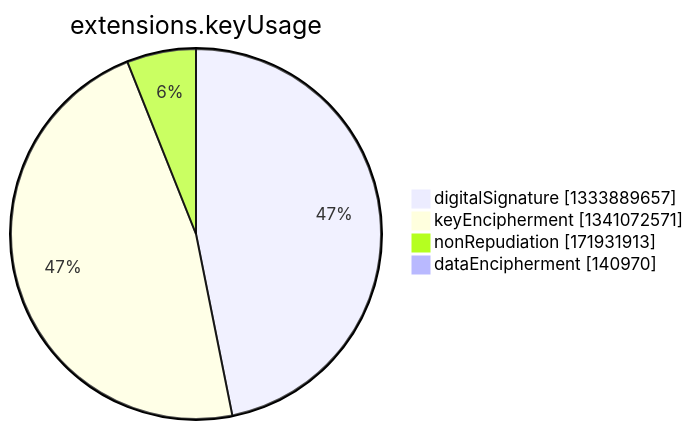
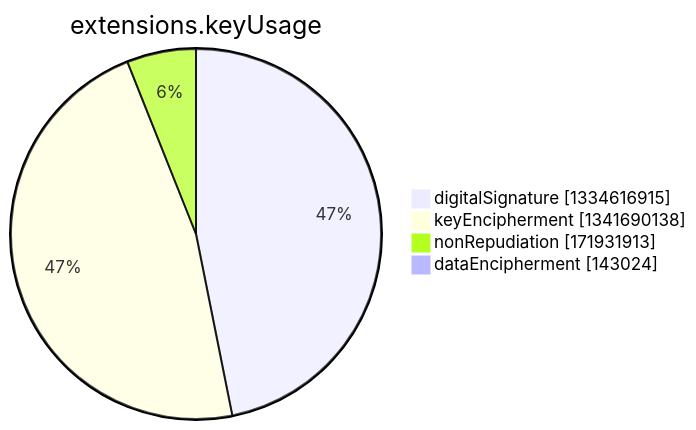
One commit to christiankrug/ctmonitor_visualization changed the seventh of 15 diagrams in argon2022/README.md. Above: the diagram before and after it, drawn with Mermaid. The commit also changed other lines of this file, not shown here.

````diff
--- a/argon2022/README.md
+++ b/argon2022/README.md
@@ -2750,8 +2750,8 @@
 ```mermaid
 pie showData
 title extensions.keyUsage
-"digitalSignature" :1333889657
-"keyEncipherment" :1341072571
+"digitalSignature" :1334616915
+"keyEncipherment" :1341690138
 "nonRepudiation" :171931913
-"dataEncipherment" :140970
+"dataEncipherment" :143024
 ```
````
